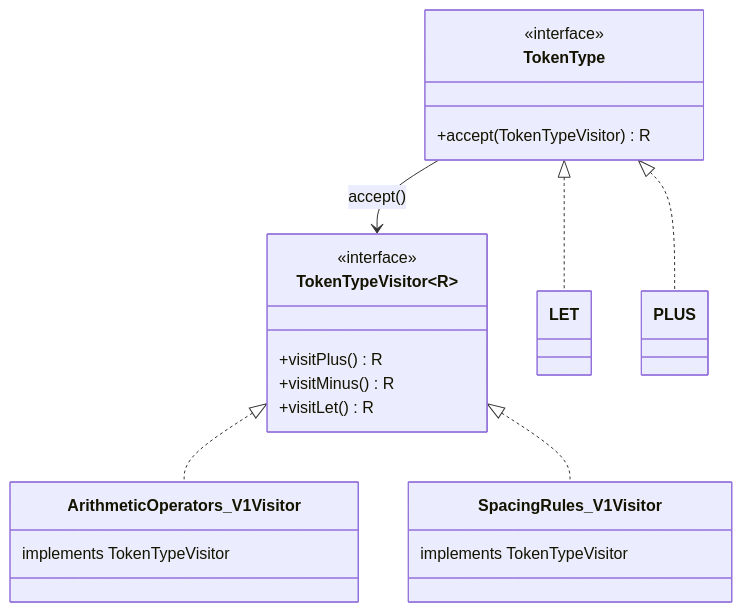
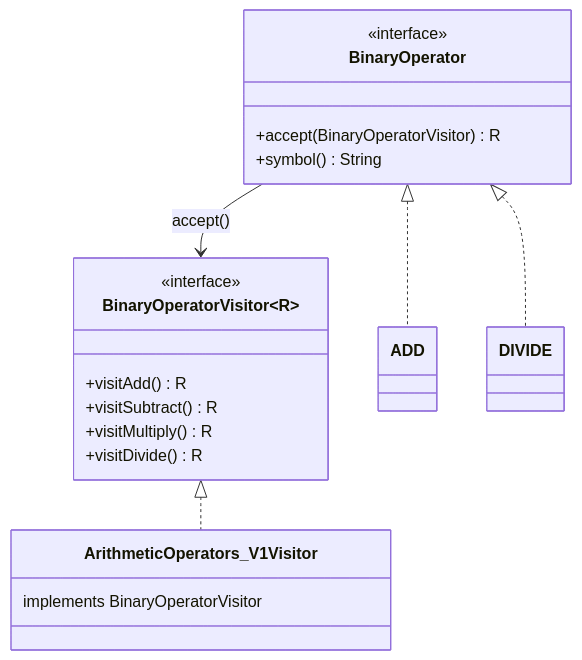
Before and after one commit to GarroteSantiago/printscript: the third of 3 diagrams in docs/architecture.md, drawn with Mermaid. The commit also changed other lines of this file and 36 other files, not shown here.

````diff
--- a/docs/architecture.md
+++ b/docs/architecture.md
@@ -124,27 +125,25 @@
 ```mermaid
 classDiagram
     direction TB
-    class TokenType {
+    class BinaryOperator {
         <<interface>>
-        +accept(TokenTypeVisitor) R
+        +accept(BinaryOperatorVisitor) R
+        +symbol() String
     }
-    class TokenTypeVisitor~R~ {
+    class BinaryOperatorVisitor~R~ {
         <<interface>>
-        +visitPlus() R
-        +visitMinus() R
-        +visitLet() R
+        +visitAdd() R
+        +visitSubtract() R
+        +visitMultiply() R
+        +visitDivide() R
     }
-    class LET
-    class PLUS
+    class ADD
+    class DIVIDE
     class ArithmeticOperators_V1Visitor {
-        implements TokenTypeVisitor
+        implements BinaryOperatorVisitor
     }
-    class SpacingRules_V1Visitor {
-        implements TokenTypeVisitor
-    }
-    TokenType <|.. LET
-    TokenType <|.. PLUS
-    TokenType --> TokenTypeVisitor : accept()
-    TokenTypeVisitor <|.. ArithmeticOperators_V1Visitor
-    TokenTypeVisitor <|.. SpacingRules_V1Visitor
+    BinaryOperator <|.. ADD
+    BinaryOperator <|.. DIVIDE
+    BinaryOperator --> BinaryOperatorVisitor : accept()
+    BinaryOperatorVisitor <|.. ArithmeticOperators_V1Visitor
 ```
````
